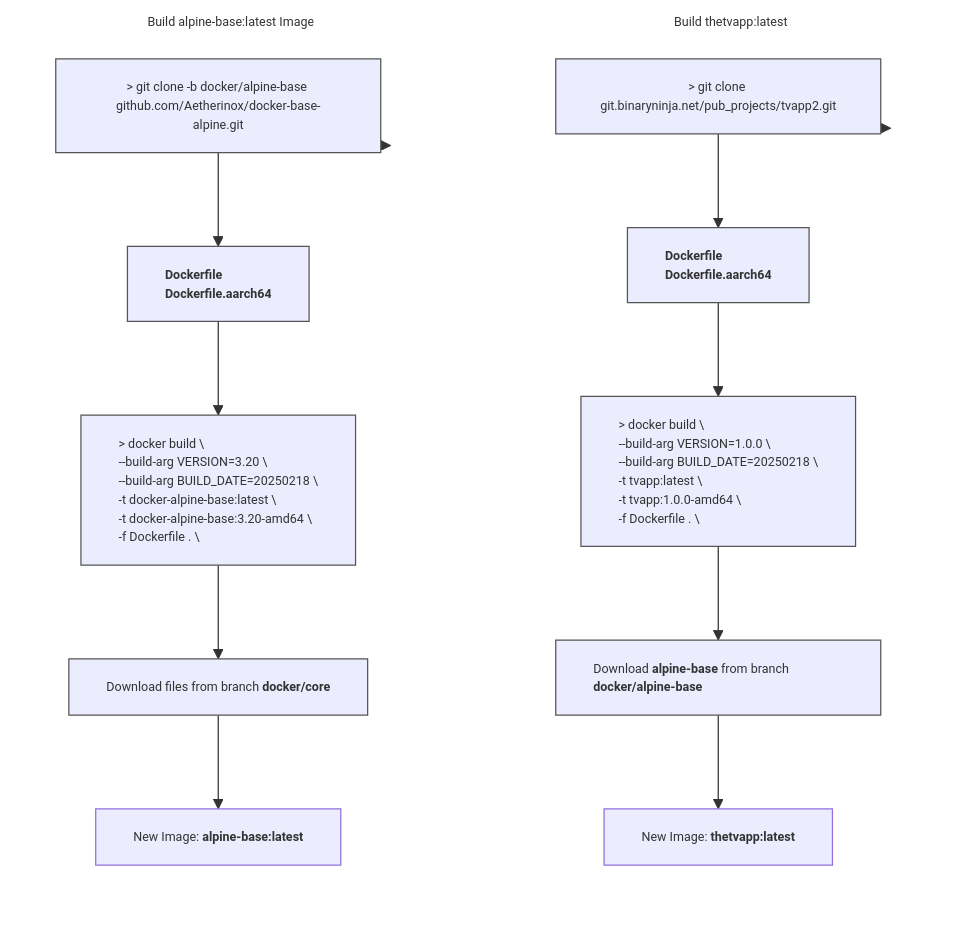
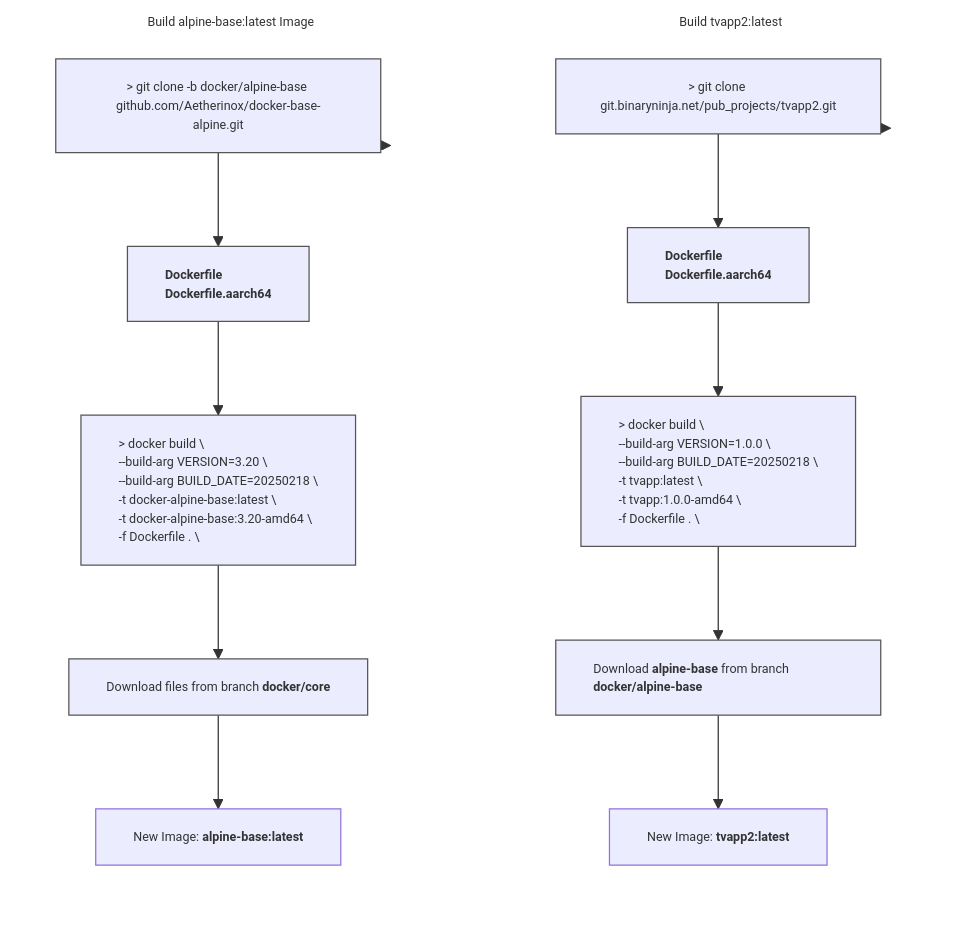
One commit to TheBinaryNinja/tvapp2 changed the second of 2 diagrams in README.md. Above: the diagram before and after it, drawn with Mermaid.

Commit message:
docs: update docker image label for mermaid chart

````diff
--- a/README.md
+++ b/README.md
@@ -125,51 +125,51 @@
 ```mermaid
 %%{init: { 'themeVariables': { 'fontSize': '10px' }}}%%
 flowchart TB
 
-subgraph GRAPH_TVAPP ["Build thetvapp:latest"]
+subgraph GRAPH_TVAPP ["Build tvapp2:latest"]
     direction TB
     obj_step10["`&gt; git clone git.binaryninja.net/pub_projects/tvapp2.git`"]
     obj_step11["`**Dockerfile
      Dockerfile.aarch64**`"]
     obj_step12["`&gt; docker build &bsol;
     --build-arg VERSION=1.0.0 &bsol;
     --build-arg BUILD_DATE=20250218 &bsol;
     -t tvapp:latest &bsol;
     -t tvapp:1.0.0-amd64 &bsol;
     -f Dockerfile . &bsol;`"]
     obj_step13["`Download **alpine-base** from branch **docker/alpine-base**`"]
-    obj_step14["`New Image: **thetvapp:latest**`"]
+    obj_step14["`New Image: **tvapp2:latest**`"]
 
     style obj_step10 text-align:center,stroke-width:1px,stroke:#555
     style obj_step11 text-align:left,stroke-width:1px,stroke:#555
     style obj_step12 text-align:left,stroke-width:1px,stroke:#555
     style obj_step13 text-align:left,stroke-width:1px,stroke:#555
 end
 
 style GRAPH_TVAPP text-align:center,stroke-width:1px,stroke:transparent,fill:transparent
 
 subgraph GRAPH_ALPINE["Build alpine-base:latest Image"]
 direction TB
     obj_step20["`&gt; git clone -b docker/alpine-base github.com/Aetherinox/docker-base-alpine.git`"]
     obj_step21["`**Dockerfile
      Dockerfile.aarch64**`"]
     obj_step22["`&gt; docker build &bsol;
     --build-arg VERSION=3.20 &bsol;
     --build-arg BUILD_DATE=20250218 &bsol;
     -t docker-alpine-base:latest &bsol;
     -t docker-alpine-base:3.20-amd64 &bsol;
     -f Dockerfile . &bsol;`"]
     obj_step23["`Download files from branch **docker/core**`"]
     obj_step24["`New Image: **alpine-base:latest**`"]
 
     style obj_step20 text-align:center,stroke-width:1px,stroke:#555
     style obj_step21 text-align:left,stroke-width:1px,stroke:#555
     style obj_step22 text-align:left,stroke-width:1px,stroke:#555
     style obj_step23 text-align:left,stroke-width:1px,stroke:#555
 end
 
 style GRAPH_ALPINE text-align:center,stroke-width:1px,stroke:transparent,fill:transparent
 
 GRAPH_TVAPP --> obj_step10 --> obj_step11 --> obj_step12 --> obj_step13 --> obj_step14
 GRAPH_ALPINE --> obj_step20 --> obj_step21 --> obj_step22 --> obj_step23 --> obj_step24
 ```
````
